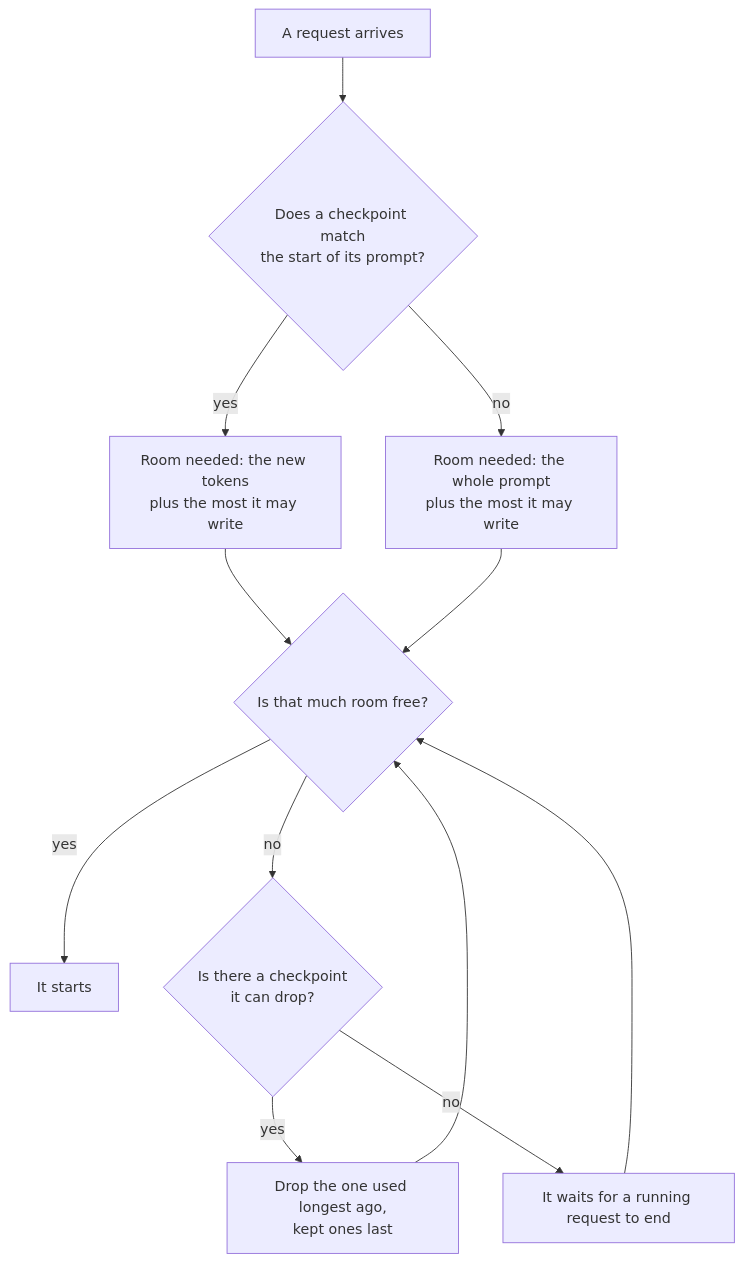
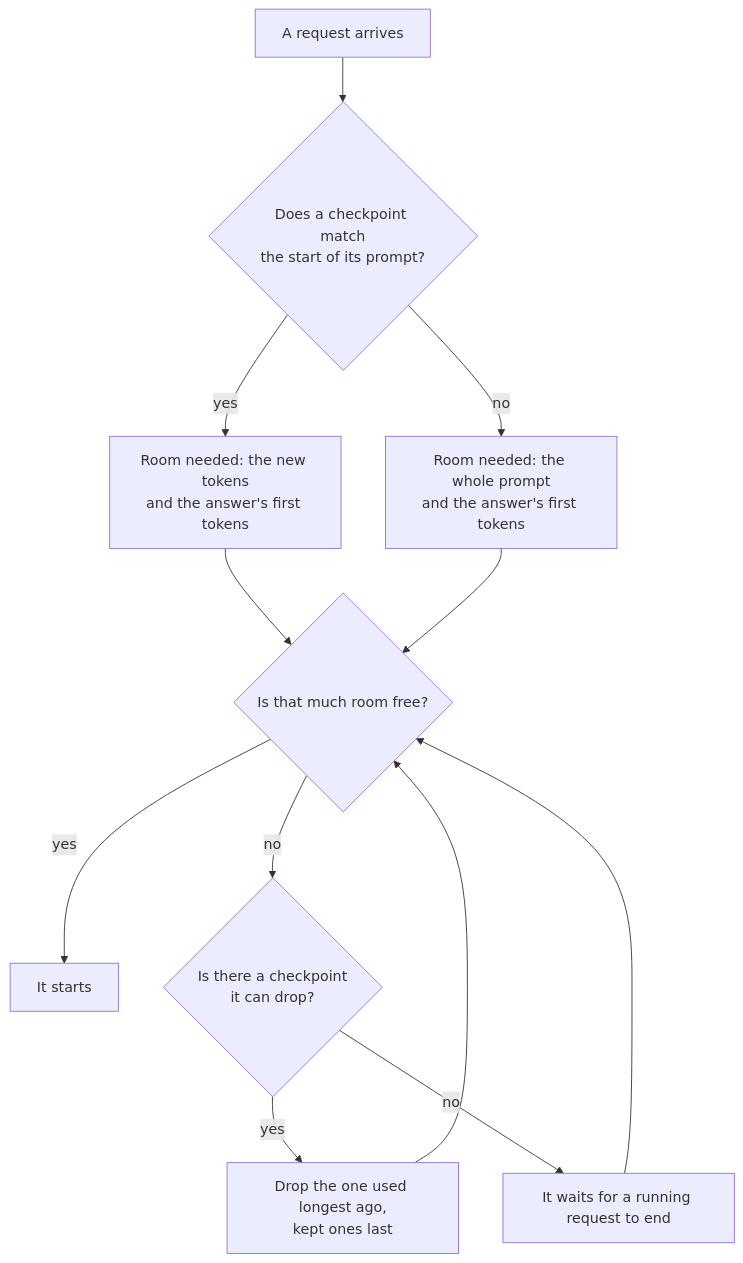
Before and after one commit to avra-m3/c0ven: the second of 3 diagrams in docs/CACHING.md, drawn with Mermaid. The commit also changed other lines of this file and 11 other files, not shown here.

First line of the commit message:
Reserve KV pages as a sequence grows

````diff
--- a/docs/CACHING.md
+++ b/docs/CACHING.md
@@ -122,12 +128,12 @@
 ```mermaid
 flowchart TD
     A[A request arrives] --> B{Does a checkpoint match<br/>the start of its prompt?}
-    B -- yes --> C[Room needed: the new tokens<br/>plus the most it may write]
-    B -- no --> D[Room needed: the whole prompt<br/>plus the most it may write]
+    B -- yes --> C[Room needed: the new tokens<br/>and the answer's first tokens]
+    B -- no --> D[Room needed: the whole prompt<br/>and the answer's first tokens]
     C --> E{Is that much room free?}
     D --> E
     E -- yes --> F[It starts]
     E -- no --> G{Is there a checkpoint<br/>it can drop?}
     G -- yes --> H[Drop the one used longest ago,<br/>kept ones last] --> E
     G -- no --> I[It waits for a running request to end] --> E
 ```
````
